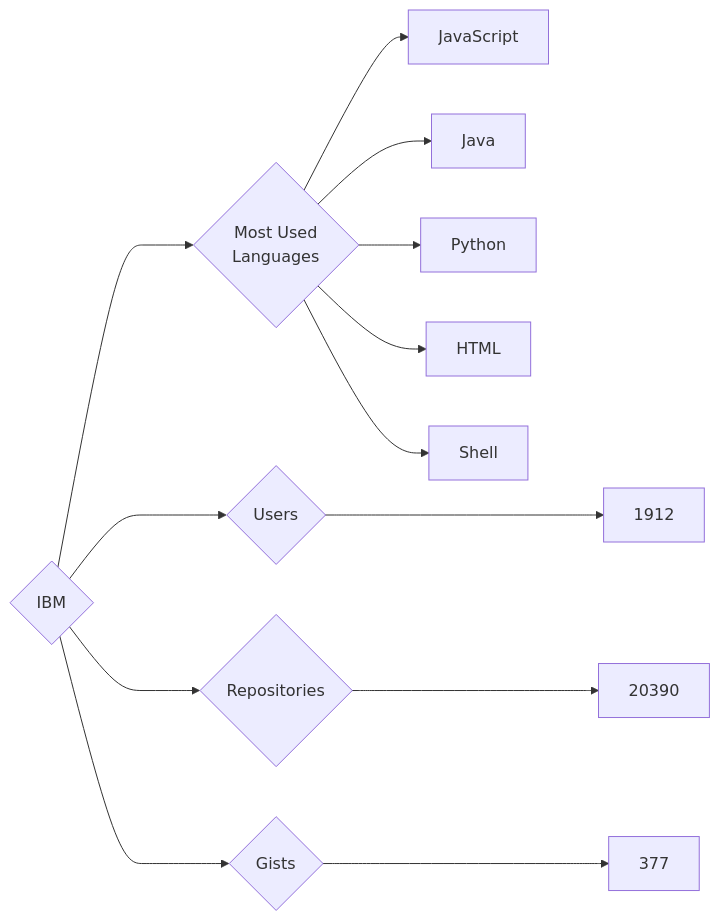
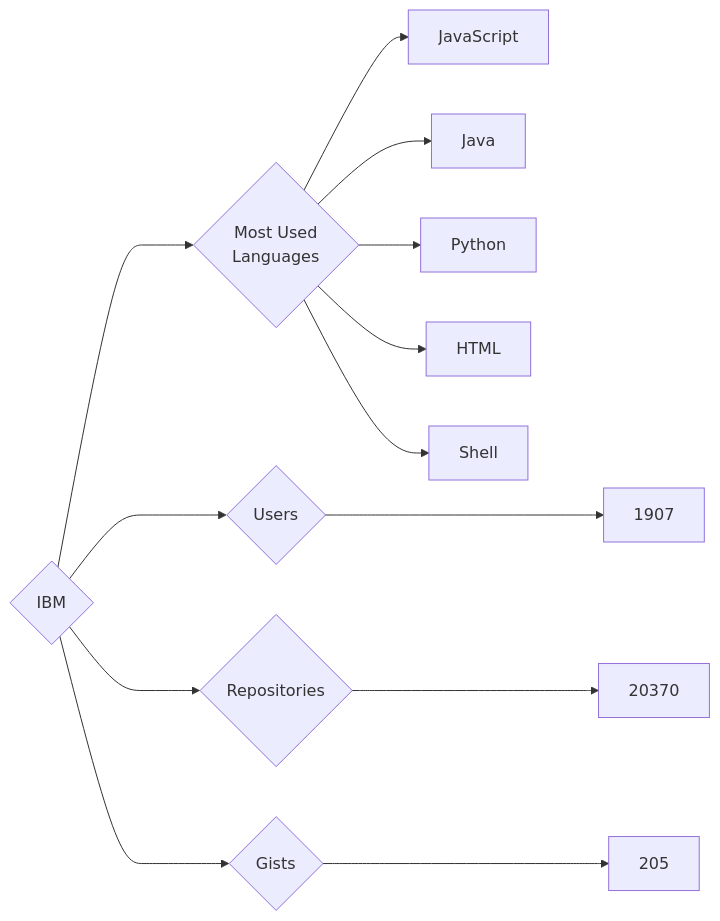
The diagram in targets/IBM/README.md (trickest/insiders), drawn with Mermaid before and after one commit. The commit also changed 614 other files, not shown here.

````diff
--- a/targets/IBM/README.md
+++ b/targets/IBM/README.md
@@ -3,13 +3,13 @@
 ```mermaid
 graph LR
 COMPANY_NAME{IBM}
-COMPANY_NAME ---> U{Users} ---> UN[1912]
-COMPANY_NAME ---> R{Repositories} ---> RN[20390]
-COMPANY_NAME ---> G{Gists} ---> GN[377]
+COMPANY_NAME ---> U{Users} ---> UN[1907]
+COMPANY_NAME ---> R{Repositories} ---> RN[20370]
+COMPANY_NAME ---> G{Gists} ---> GN[205]
 COMPANY_NAME ---> ML{Most Used<br>Languages}
 ML --> JavaScript[JavaScript]
 ML --> Java[Java]
 ML --> Python[Python]
 ML --> HTML[HTML]
 ML --> Shell[Shell]
 ```
````
